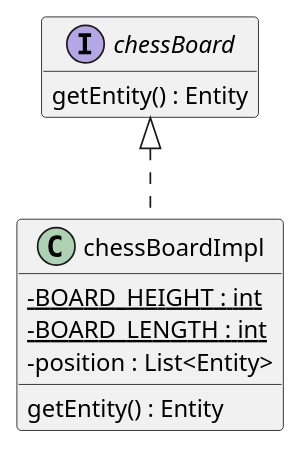
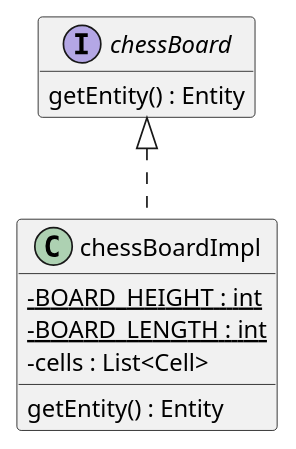
The diagram in docs/ChessBoard.puml (Turbo-Chess/Turbo-Chess), drawn with PlantUML before and after one commit.

Commit message:
Modified ChessBoard to use Cell Object

```diff
--- a/docs/ChessBoard.puml
+++ b/docs/ChessBoard.puml
@@ -1,20 +1,20 @@
 @startuml
 skinparam classAttributeIconSize 0
 hide empty fields
 hide empty methods
 
 interface chessBoard {
     getEntity() : Entity
 }
 
 class chessBoardImpl {
     - {static} BOARD_HEIGHT : int
     - {static} BOARD_LENGTH : int
-    - position : List<Entity>
+    - cells : List<Cell>
 
     getEntity() : Entity
 }
 
 chessBoard <|.. chessBoardImpl
 
 @enduml
```
